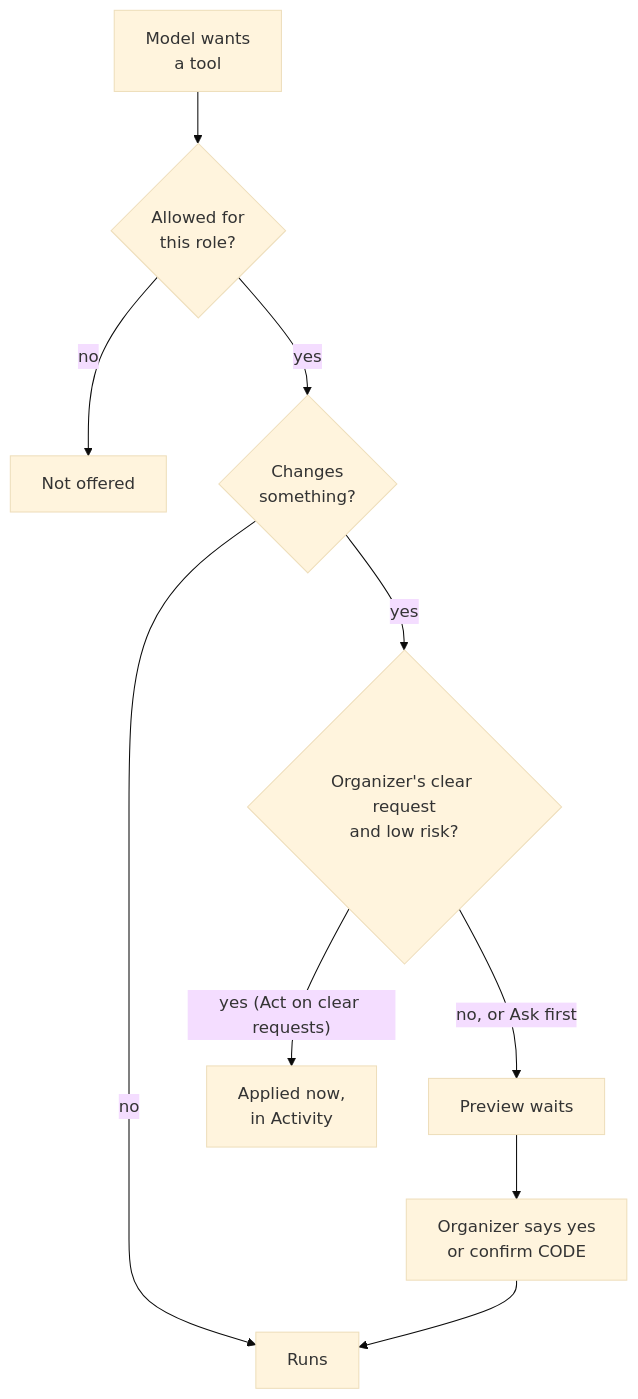
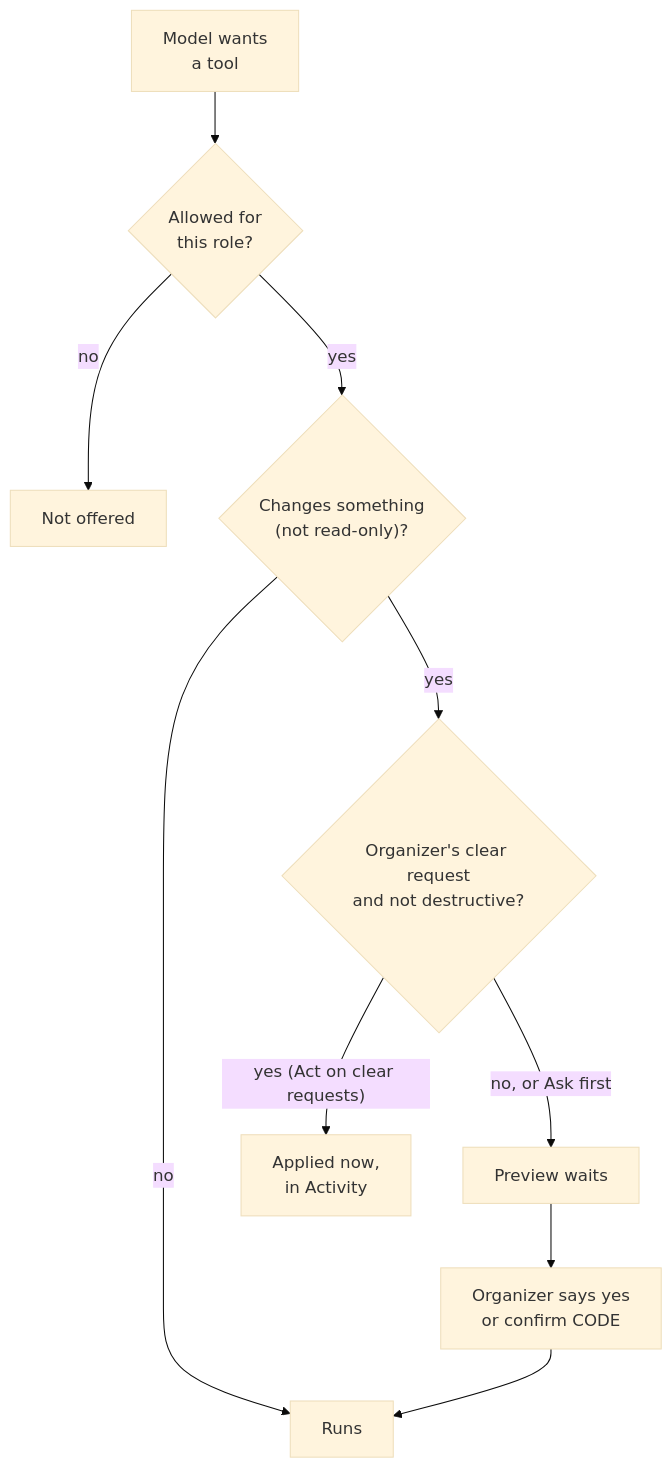
The diagram in docs/diagrams/tool-permissions.mmd (vikramgorla/duniya), drawn with Mermaid (base theme) before and after one commit. The commit also changed 57 other files, not shown here.

```diff
--- a/docs/diagrams/tool-permissions.mmd
+++ b/docs/diagrams/tool-permissions.mmd
@@ -1,8 +1,8 @@
 flowchart TD
   M["Model wants<br/>a tool"] --> AL{"Allowed for<br/>this role?"}
   AL -- "no" --> N["Not offered"]
-  AL -- "yes" --> CH{"Changes<br/>something?"}
+  AL -- "yes" --> CH{"Changes something<br/>(not read-only)?"}
   CH -- "no" --> R["Runs"]
-  CH -- "yes" --> LO{"Organizer's clear request<br/>and low risk?"}
+  CH -- "yes" --> LO{"Organizer's clear request<br/>and not destructive?"}
   LO -- "yes (Act on clear requests)" --> A["Applied now,<br/>in Activity"]
   LO -- "no, or Ask first" --> P["Preview waits"] --> C["Organizer says yes<br/>or confirm CODE"] --> R
```
